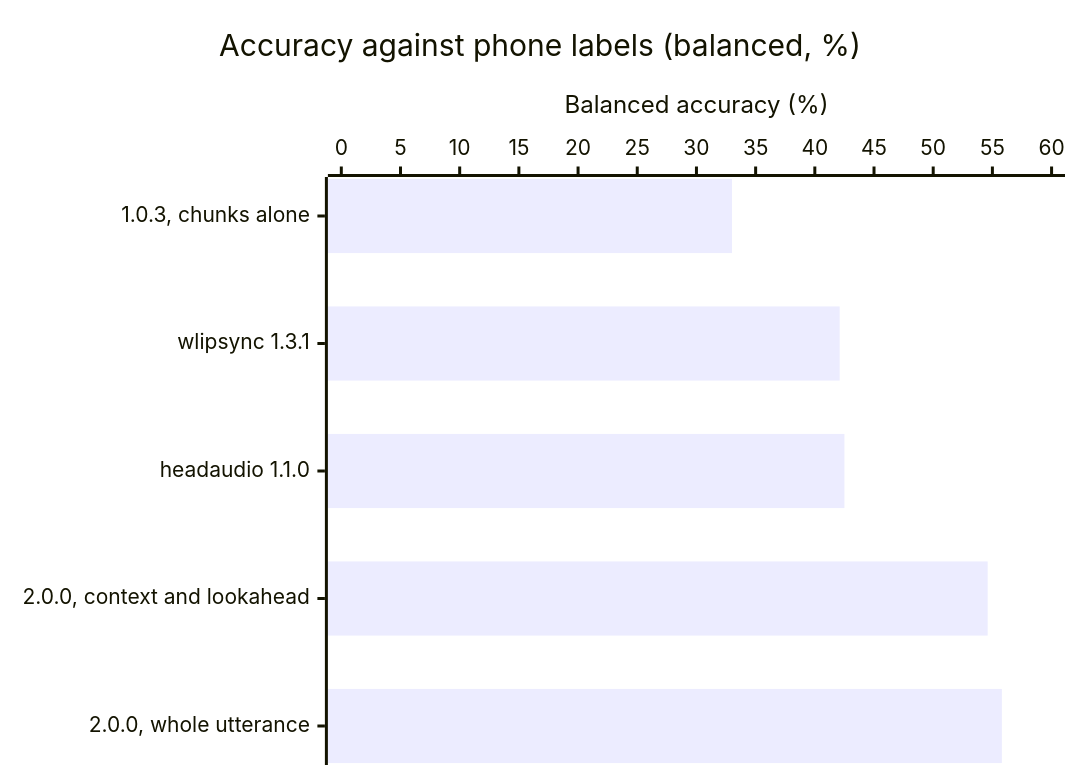
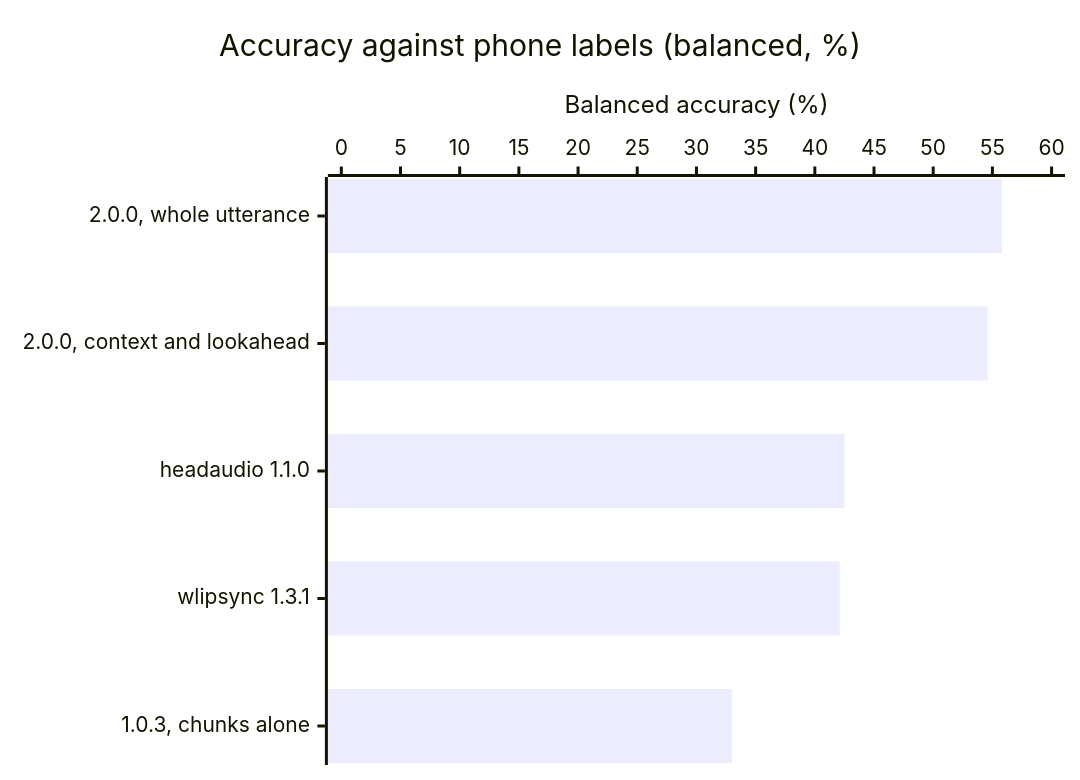
Before and after one commit to biolimbo/lip-sync-engine: the first of 3 diagrams in BENCHMARK.md, drawn with Mermaid.

Commit message:
docs: list the accuracy chart from highest to lowest

````diff
--- a/BENCHMARK.md
+++ b/BENCHMARK.md
@@ -26,7 +26,7 @@
 ```mermaid
 xychart-beta horizontal
     title "Accuracy against phone labels (balanced, %)"
-    x-axis ["1.0.3, chunks alone", "wlipsync 1.3.1", "headaudio 1.1.0", "2.0.0, context and lookahead", "2.0.0, whole utterance"]
+    x-axis ["2.0.0, whole utterance", "2.0.0, context and lookahead", "headaudio 1.1.0", "wlipsync 1.3.1", "1.0.3, chunks alone"]
     y-axis "Balanced accuracy (%)" 0 --> 60
-    bar [33.0, 42.1, 42.5, 54.6, 55.8]
+    bar [55.8, 54.6, 42.5, 42.1, 33.0]
 ```
````
